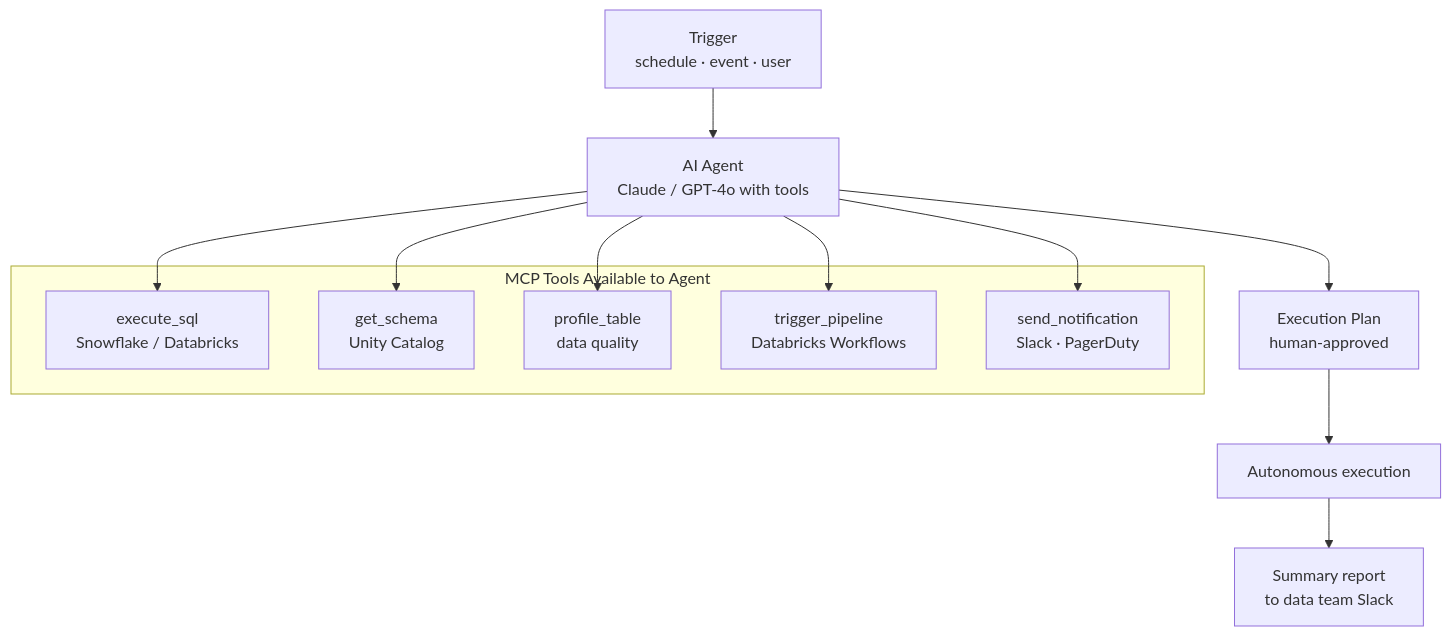
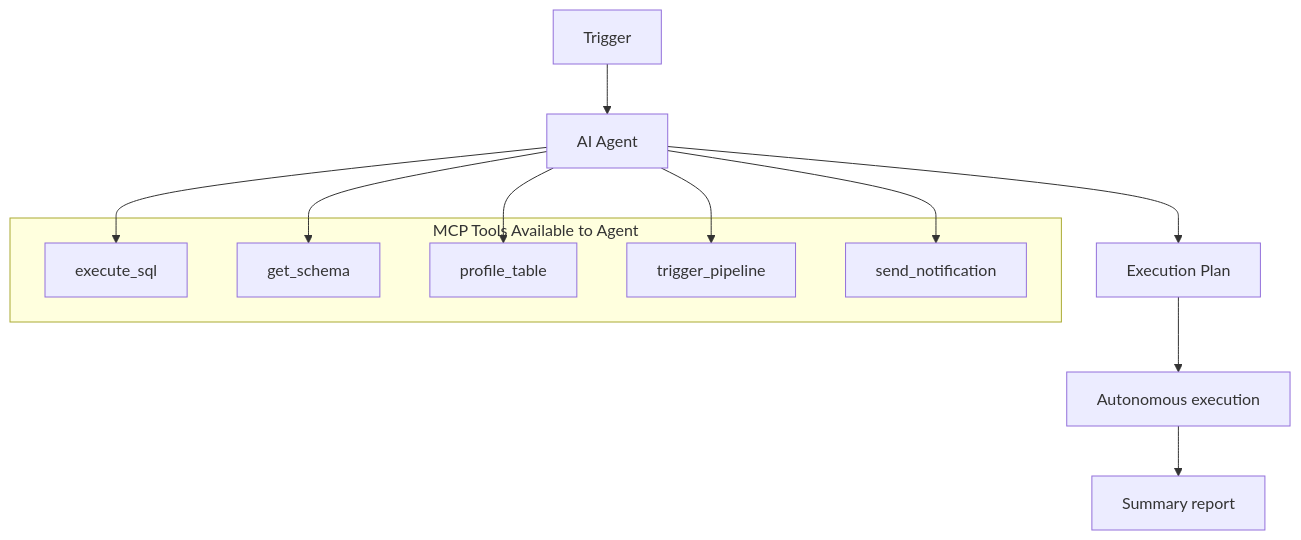
One commit to gcmishra7/data-engineering-helper changed the third of 4 diagrams in 11-ai-data-engineering/08-ai-de-reference-architectures.md. Above: the diagram before and after it, drawn with Mermaid. The commit also changed other lines of this file and 57 other files, not shown here.

First line of the commit message:
Shorten mermaid node labels to fix text truncation on GitHub

````diff
--- a/11-ai-data-engineering/08-ai-de-reference-architectures.md
+++ b/11-ai-data-engineering/08-ai-de-reference-architectures.md
@@ -96,21 +122,21 @@
 ```mermaid
 graph TD
-    TRIGGER[Trigger<br/>schedule · event · user] --> AGENT[AI Agent<br/>Claude / GPT-4o with tools]
+    TRIGGER[Trigger] --> AGENT[AI Agent]
 
     subgraph MCP Tools Available to Agent
-        SQL[execute_sql<br/>Snowflake / Databricks]
-        SCHEMA[get_schema<br/>Unity Catalog]
-        PROFILE[profile_table<br/>data quality]
-        PIPELINE[trigger_pipeline<br/>Databricks Workflows]
-        NOTIFY[send_notification<br/>Slack · PagerDuty]
+        SQL[execute_sql]
+        SCHEMA[get_schema]
+        PROFILE[profile_table]
+        PIPELINE[trigger_pipeline]
+        NOTIFY[send_notification]
     end
 
     AGENT --> SQL
     AGENT --> SCHEMA
     AGENT --> PROFILE
     AGENT --> PIPELINE
     AGENT --> NOTIFY
-    AGENT --> PLAN[Execution Plan<br/>human-approved]
+    AGENT --> PLAN[Execution Plan]
     PLAN --> EXECUTE[Autonomous execution]
-    EXECUTE --> REPORT[Summary report<br/>to data team Slack]
+    EXECUTE --> REPORT[Summary report]
 ```
````
